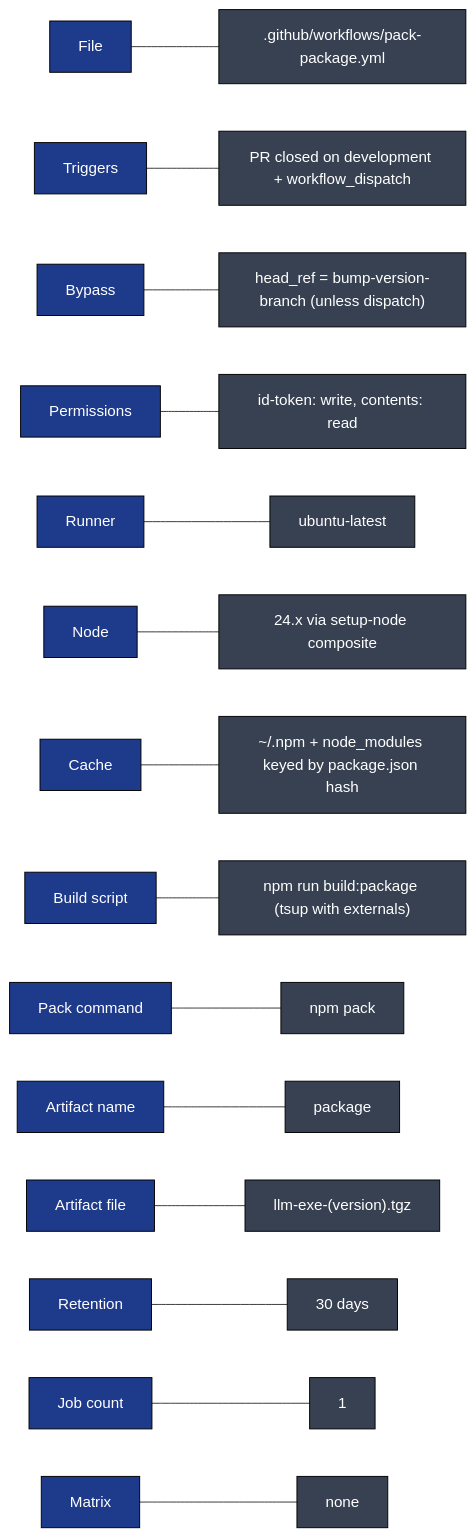
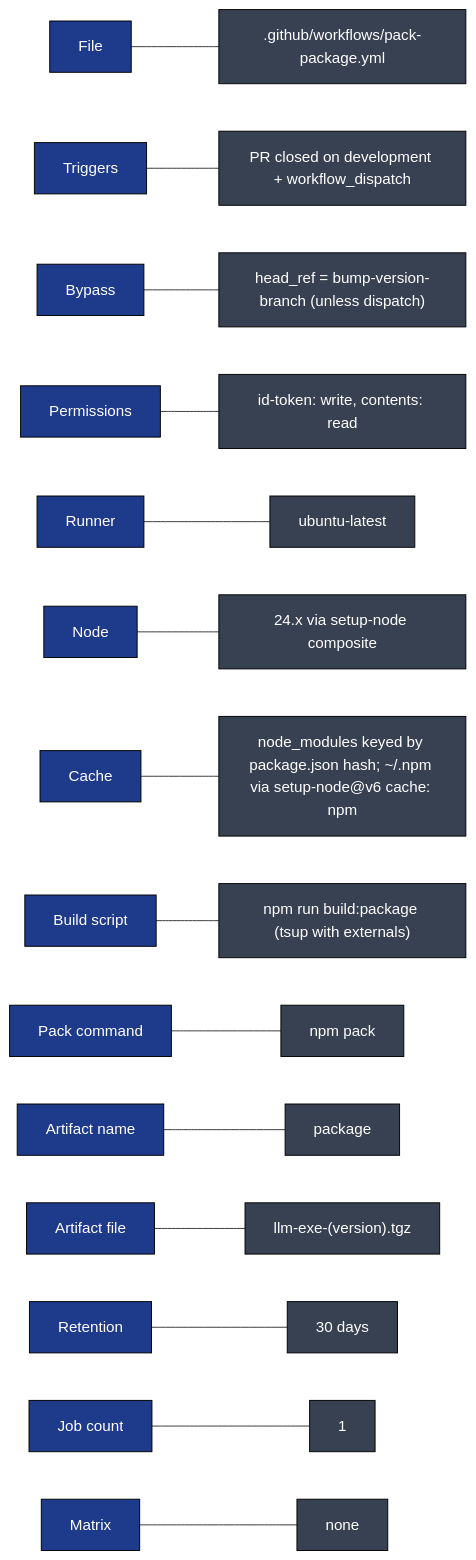
The eighth of 8 diagrams in .github/docs/PACK_PACKAGE_DEEP_DIVE.md (llm-exe/llm-exe), drawn with Mermaid before and after one commit. The commit also changed other lines of this file and 5 other files, not shown here.

Commit message:
chore: update cache action documentation to focus on node_modules and remove npm dependencies references

````diff
--- a/.github/docs/PACK_PACKAGE_DEEP_DIVE.md
+++ b/.github/docs/PACK_PACKAGE_DEEP_DIVE.md
@@ -328,20 +328,20 @@
 ```mermaid
 flowchart LR
     classDef k fill:#1e3a8a,color:#fff,stroke:#000
     classDef v fill:#374151,color:#fff,stroke:#000
 
     K1["File"]:::k --- V1[".github/workflows/pack-package.yml"]:::v
     K2["Triggers"]:::k --- V2["PR closed on development + workflow_dispatch"]:::v
     K3["Bypass"]:::k --- V3["head_ref = bump-version-branch (unless dispatch)"]:::v
     K4["Permissions"]:::k --- V4["id-token: write, contents: read"]:::v
     K5["Runner"]:::k --- V5["ubuntu-latest"]:::v
     K6["Node"]:::k --- V6["24.x via setup-node composite"]:::v
-    K7["Cache"]:::k --- V7["~/.npm + node_modules keyed by package.json hash"]:::v
+    K7["Cache"]:::k --- V7["node_modules keyed by package.json hash; ~/.npm via setup-node@v6 cache: npm"]:::v
     K8["Build script"]:::k --- V8["npm run build:package (tsup with externals)"]:::v
     K9["Pack command"]:::k --- V9["npm pack"]:::v
     K10["Artifact name"]:::k --- V10["package"]:::v
     K11["Artifact file"]:::k --- V11["llm-exe-(version).tgz"]:::v
     K12["Retention"]:::k --- V12["30 days"]:::v
     K13["Job count"]:::k --- V13["1"]:::v
     K14["Matrix"]:::k --- V14["none"]:::v
 ```
````
